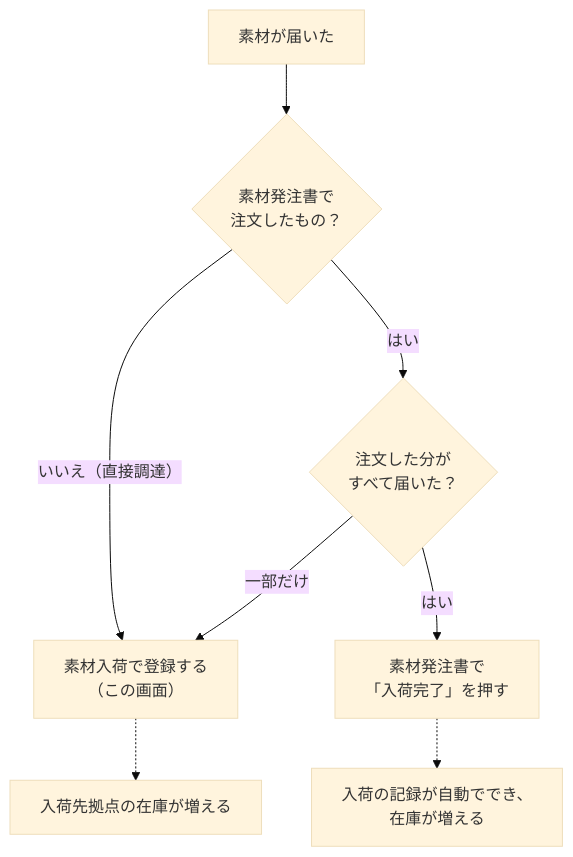
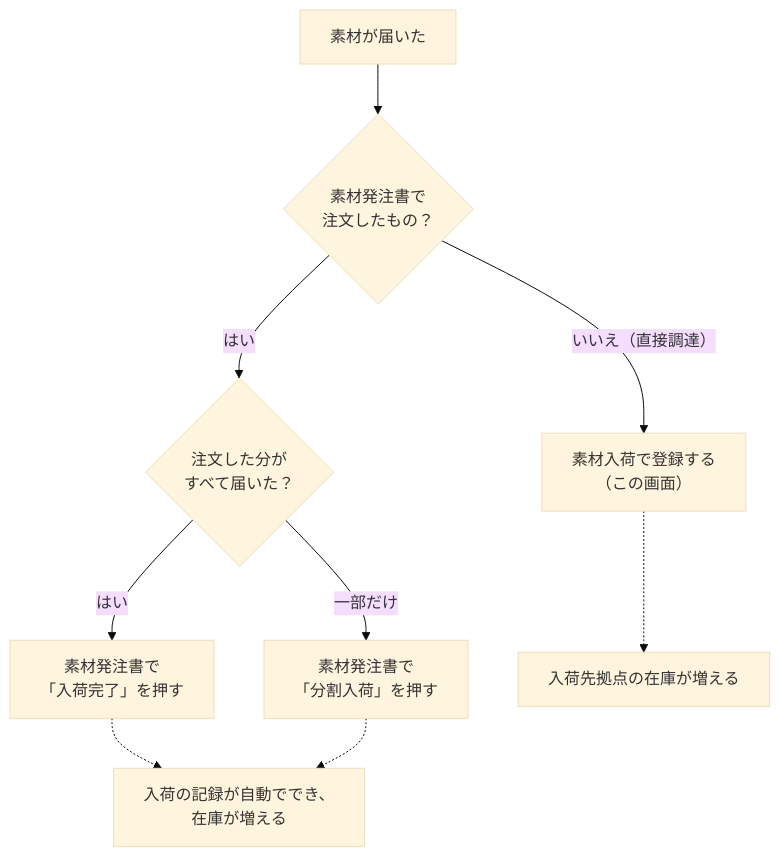
Before and after one commit to Kuisin/ckk-tool-v3: the diagram in coolify/apps/nextjs-web/content/manual/operations/purchasing/material-receipt/user.md, drawn with Mermaid (base theme). The commit also changed other lines of this file and 137 other files, not shown here.

````diff
--- a/coolify/apps/nextjs-web/content/manual/operations/purchasing/material-receipt/user.md
+++ b/coolify/apps/nextjs-web/content/manual/operations/purchasing/material-receipt/user.md
@@ -37,10 +38,11 @@
 ```mermaid
 flowchart TD
   arrive["素材が届いた"] --> q1{"素材発注書で<br/>注文したもの？"}
   q1 -->|"いいえ（直接調達）"| mr["素材入荷で登録する<br/>（この画面）"]
   q1 -->|"はい"| q2{"注文した分が<br/>すべて届いた？"}
   q2 -->|"はい"| po["素材発注書で<br/>「入荷完了」を押す"]
-  q2 -->|"一部だけ"| mr
-  po -.-> auto["入荷の記録が自動ででき、<br/>在庫が増える"]
+  q2 -->|"一部だけ"| pp["素材発注書で<br/>「分割入荷」を押す"]
+  po -.-> auto
+  pp -.-> auto["入荷の記録が自動ででき、<br/>在庫が増える"]
   mr -.-> stock["入荷先拠点の在庫が増える"]
 ```
````
